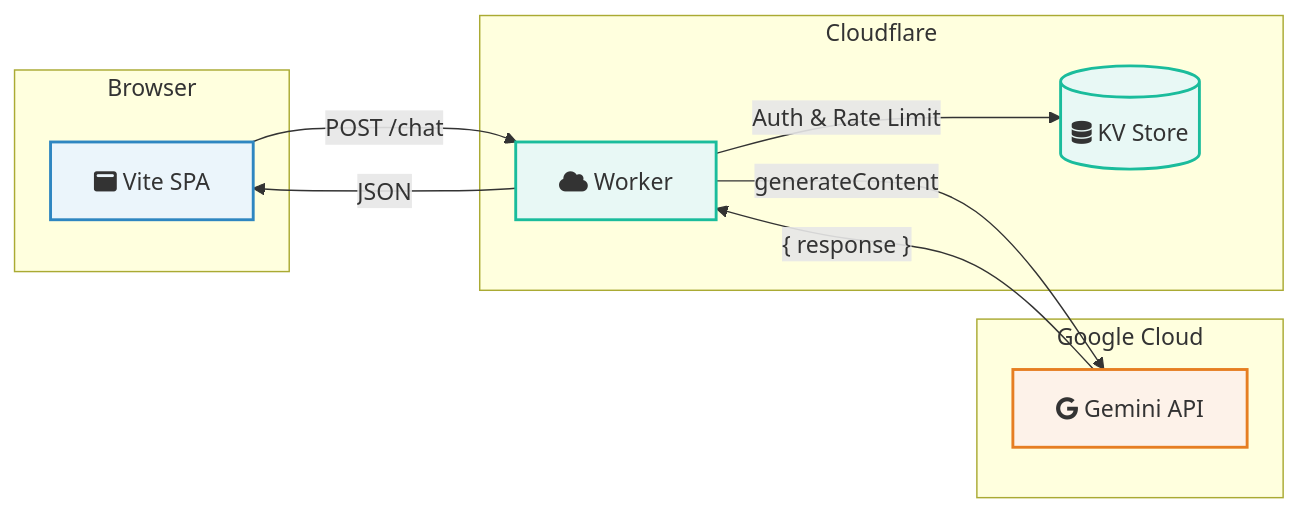
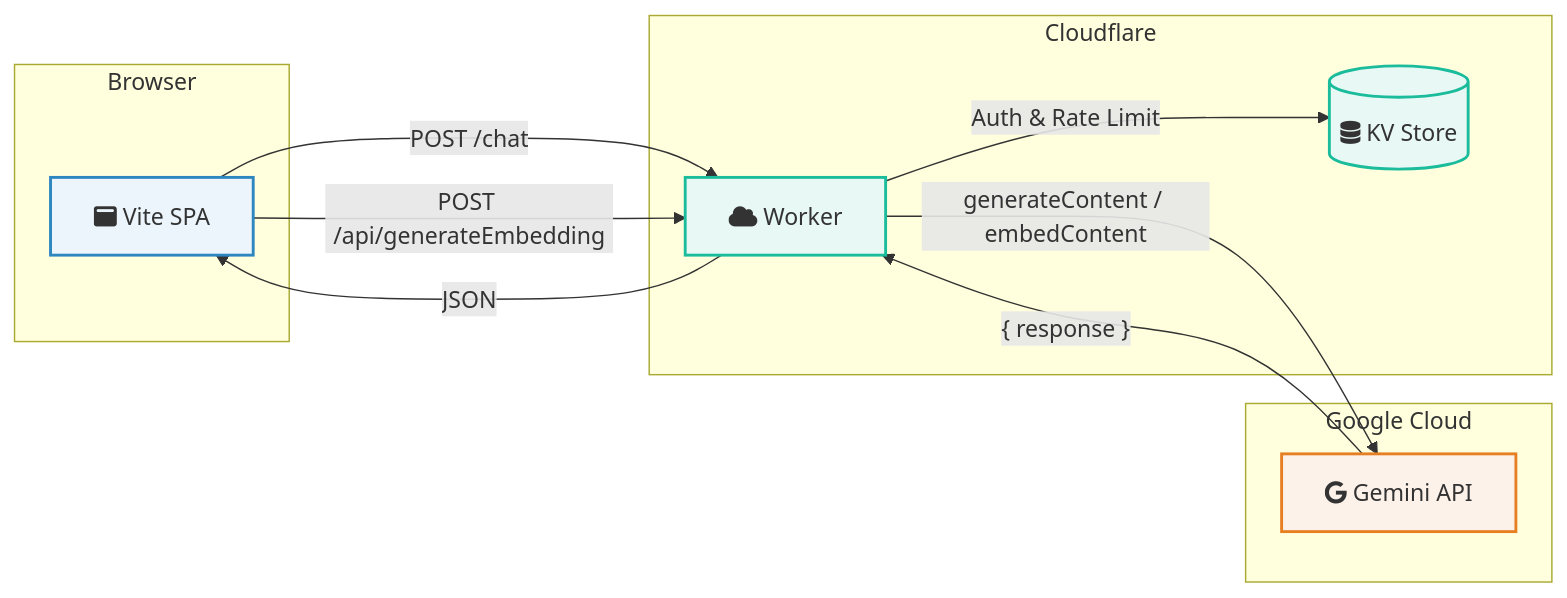
One commit to Gmpho/AI-powered-Static-portfolio changed the diagram in README.md. Above: the diagram before and after it, drawn with Mermaid. The commit also changed other lines of this file and 50 other files, not shown here.

````diff
--- a/README.md
+++ b/README.md
@@ -60,28 +61,29 @@
 ```mermaid
 flowchart LR
     subgraph "Browser"
         A[<i class="fas fa-window-maximize"></i> Vite SPA]
     end
 
     subgraph "Cloudflare"
         B[<i class="fas fa-cloud"></i> Worker]
         C[(<i class="fas fa-database"></i> KV Store)]
     end
 
     subgraph "Google Cloud"
         D[<i class="fab fa-google"></i> Gemini API]
     end
 
     %% Styling
     style A fill:#EBF5FB,stroke:#2E86C1,stroke-width:2px
     style B fill:#E8F8F5,stroke:#1ABC9C,stroke-width:2px
     style C fill:#E8F8F5,stroke:#1ABC9C,stroke-width:2px
     style D fill:#FDF2E9,stroke:#E67E22,stroke-width:2px
 
     %% Connections
     A -- "POST /chat" --> B
+    A -- "POST /api/generateEmbedding" --> B
     B -- "Auth & Rate Limit" --> C
-    B -- "generateContent" --> D
+    B -- "generateContent / embedContent" --> D
     D -- "{ response }" --> B
     B -- "JSON" --> A
 ```
````
